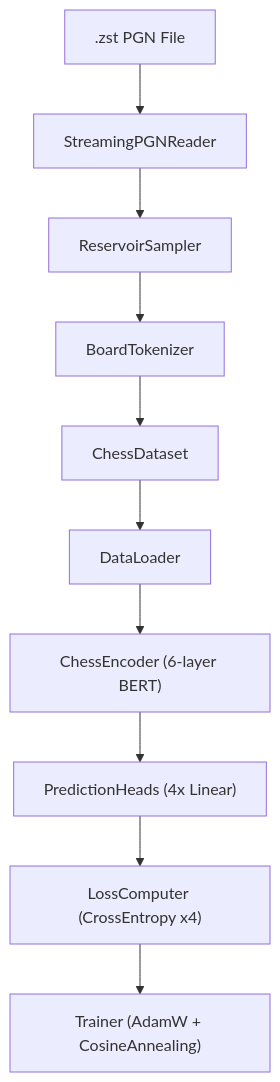
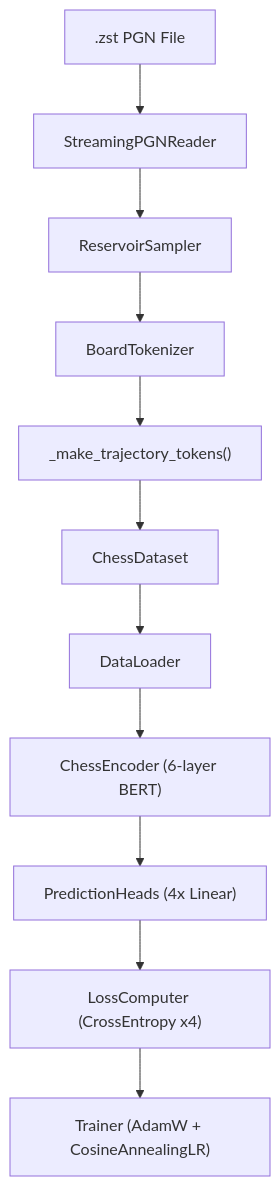
Before and after one commit to sombersomni/chess-policy-agent: the diagram in README.md, drawn with Mermaid. The commit also changed other lines of this file, not shown here.

First line of the commit message:
docs: update README to match trajectory-token codebase

````diff
--- a/README.md
+++ b/README.md
@@ -7,12 +7,13 @@
 ```mermaid
 graph TD
     PGN[".zst PGN File"] --> Reader["StreamingPGNReader"]
     Reader --> Sampler["ReservoirSampler"]
     Sampler --> Tokenizer["BoardTokenizer"]
-    Tokenizer --> Dataset["ChessDataset"]
+    Tokenizer --> Trajectory["_make_trajectory_tokens()"]
+    Trajectory --> Dataset["ChessDataset"]
     Dataset --> Loader["DataLoader"]
     Loader --> Encoder["ChessEncoder (6-layer BERT)"]
     Encoder --> Heads["PredictionHeads (4x Linear)"]
     Heads --> Loss["LossComputer (CrossEntropy x4)"]
-    Loss --> Trainer["Trainer (AdamW + CosineAnnealing)"]
+    Loss --> Trainer["Trainer (AdamW + CosineAnnealingLR)"]
 ```
````
